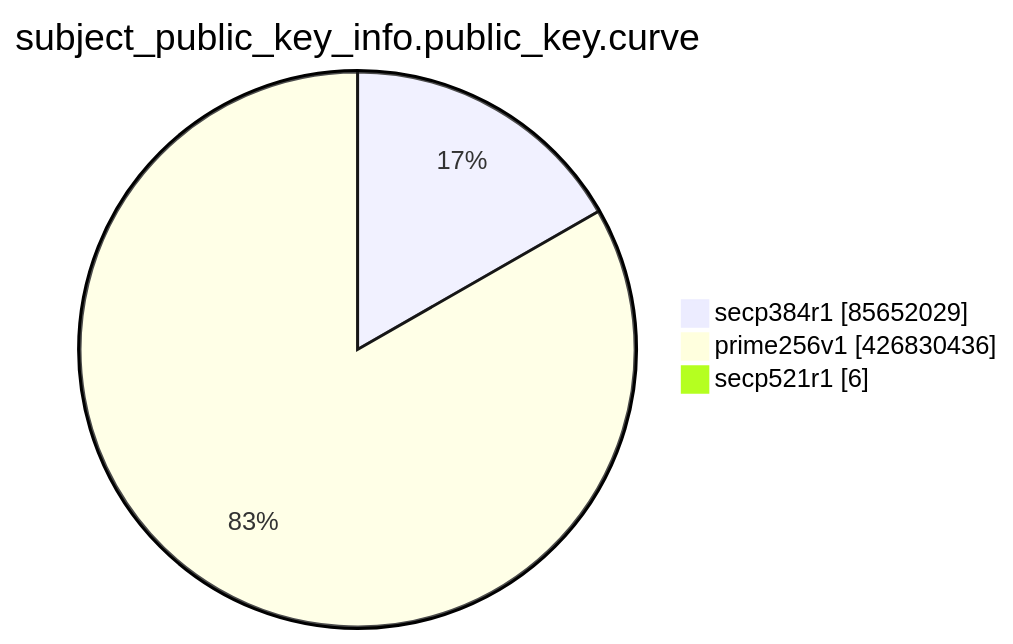
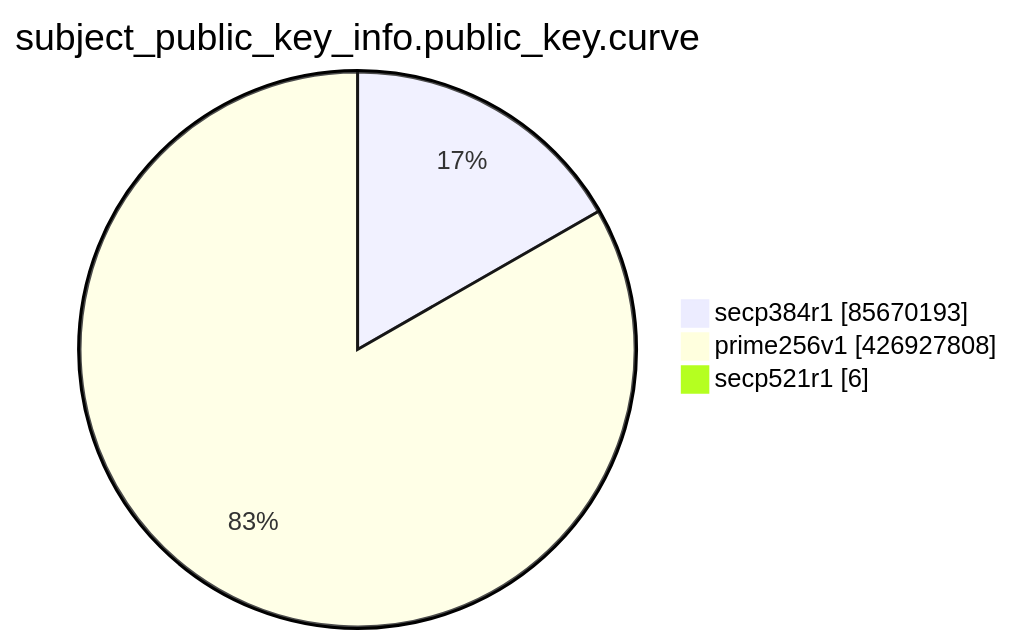
One commit to christiankrug/ctmonitor_visualization changed the eighth of 15 diagrams in TOTAL/README.md. Above: the diagram before and after it, drawn with Mermaid. The commit also changed other lines of this file, not shown here.

````diff
--- a/TOTAL/README.md
+++ b/TOTAL/README.md
@@ -3100,7 +3100,7 @@
 ```mermaid
 pie showData
 title subject_public_key_info.public_key.curve
-"secp384r1" :85652029
-"prime256v1" :426830436
+"secp384r1" :85670193
+"prime256v1" :426927808
 "secp521r1" :6
 ```
````
